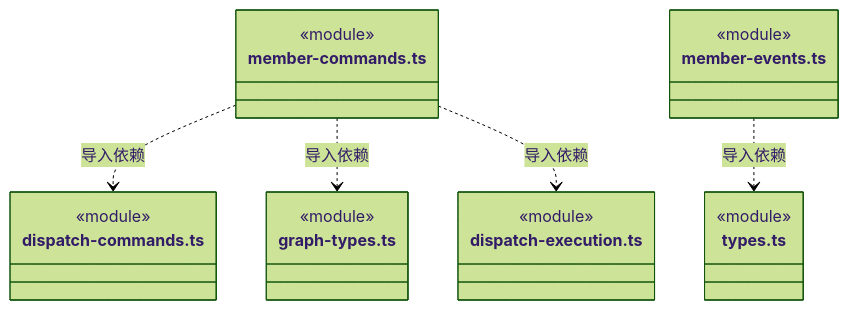
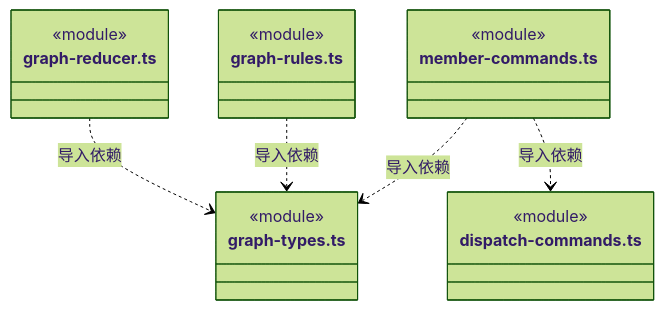
Diagram 34 of 38 in src/backend/core/tasks/ARCHITECTURE.md (nan023062/cbim), drawn with Mermaid (forest theme) before and after one commit. The commit also changed other lines of this file and 36 other files, not shown here.

````diff
--- a/src/backend/core/tasks/ARCHITECTURE.md
+++ b/src/backend/core/tasks/ARCHITECTURE.md
@@ -823,25 +885,22 @@
 ```mermaid
 classDiagram
+class N_src_backend_core_tasks_graph_reducer_ts["graph-reducer.ts"] {
+  <<module>>
+}
+class N_src_backend_core_tasks_graph_types_ts["graph-types.ts"] {
+  <<module>>
+}
+class N_src_backend_core_tasks_graph_rules_ts["graph-rules.ts"] {
+  <<module>>
+}
 class N_src_backend_core_tasks_member_commands_ts["member-commands.ts"] {
   <<module>>
 }
 class N_src_backend_core_tasks_dispatch_commands_ts["dispatch-commands.ts"] {
   <<module>>
 }
-class N_src_backend_core_tasks_graph_types_ts["graph-types.ts"] {
-  <<module>>
-}
-class N_src_backend_core_tasks_dispatch_execution_ts["dispatch-execution.ts"] {
-  <<module>>
-}
-class N_src_backend_core_tasks_member_events_ts["member-events.ts"] {
-  <<module>>
-}
-class N_src_backend_core_tasks_types_ts["types.ts"] {
-  <<module>>
-}
+N_src_backend_core_tasks_graph_reducer_ts ..> N_src_backend_core_tasks_graph_types_ts : 导入依赖
+N_src_backend_core_tasks_graph_rules_ts ..> N_src_backend_core_tasks_graph_types_ts : 导入依赖
 N_src_backend_core_tasks_member_commands_ts ..> N_src_backend_core_tasks_dispatch_commands_ts : 导入依赖
 N_src_backend_core_tasks_member_commands_ts ..> N_src_backend_core_tasks_graph_types_ts : 导入依赖
-N_src_backend_core_tasks_member_commands_ts ..> N_src_backend_core_tasks_dispatch_execution_ts : 导入依赖
-N_src_backend_core_tasks_member_events_ts ..> N_src_backend_core_tasks_types_ts : 导入依赖
 ```
````
